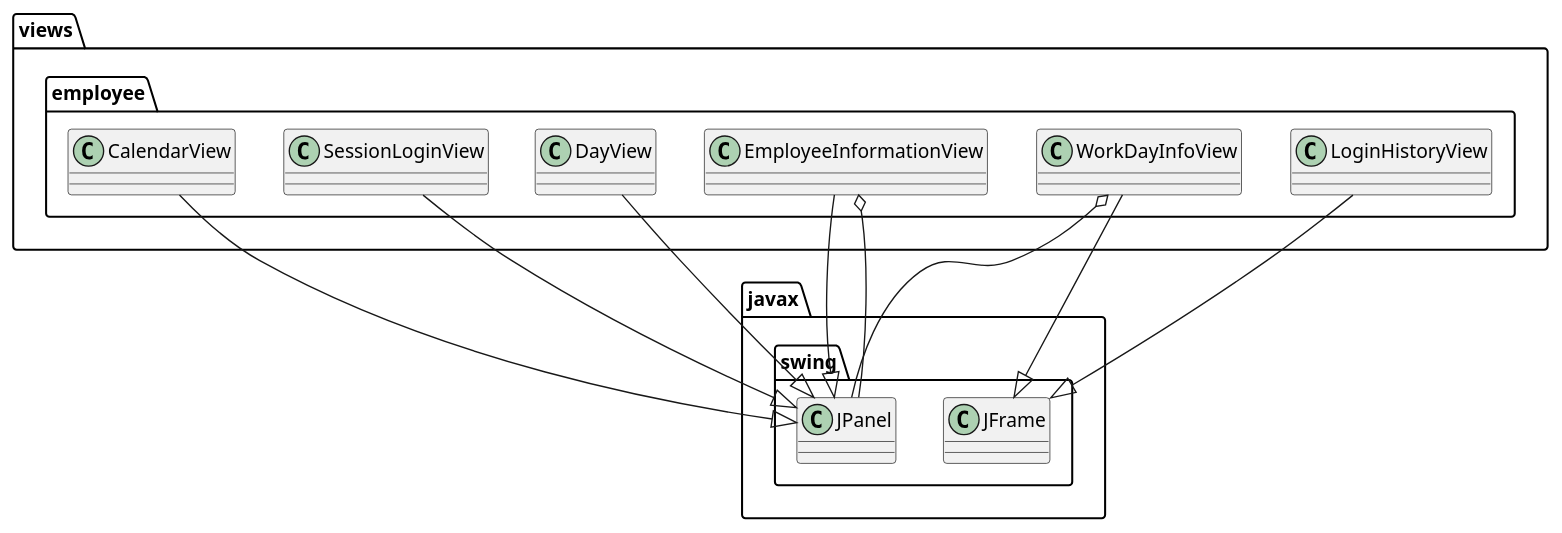
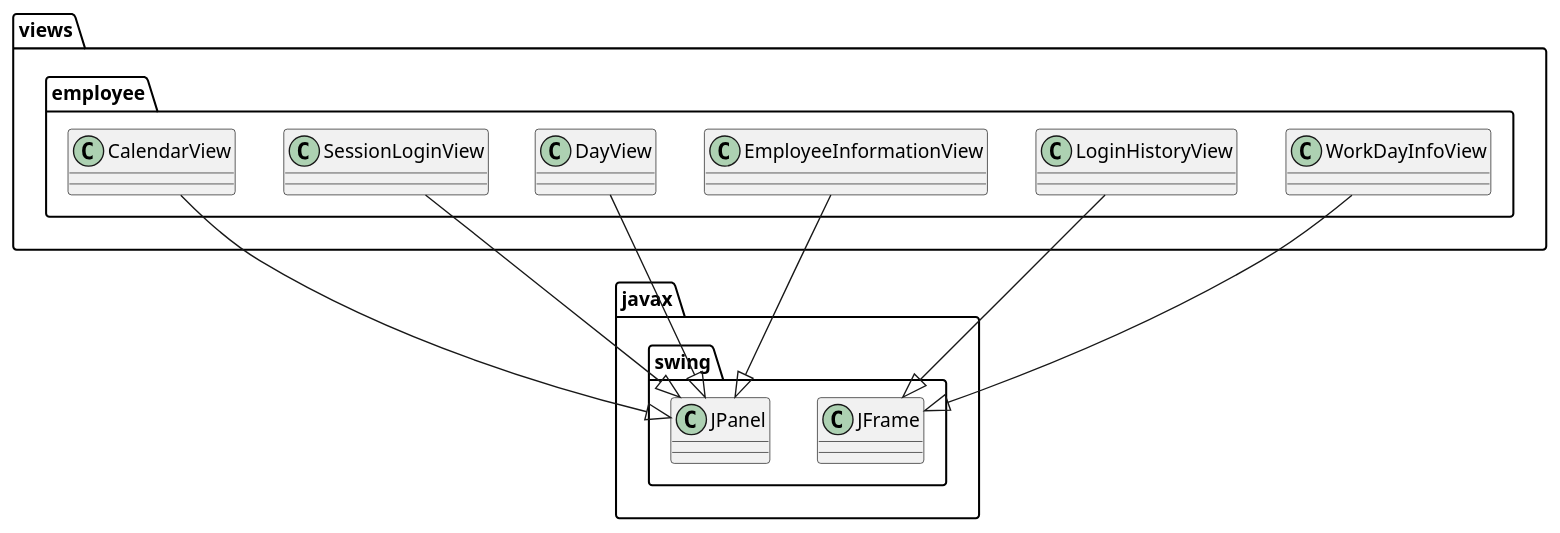
The diagram in report/diagrams/view_employee_class_diagram.puml (PTIT-D22KH/milktea_sales_management_project), drawn with PlantUML before and after one commit. The commit also changed 39 other files, not shown here.

```diff
--- a/report/diagrams/view_employee_class_diagram.puml
+++ b/report/diagrams/view_employee_class_diagram.puml
@@ -1,29 +1,27 @@
 @startuml
 package views.employee {
     class EmployeeInformationView {
     }
 
     class WorkDayInfoView 
     class LoginHistoryView
     class DayView
     class SessionLoginView
     class CalendarView{
     }
 }
 
 class javax.swing.JPanel
 
 views.employee.EmployeeInformationView --|> javax.swing.JPanel
 views.employee.WorkDayInfoView --|> javax.swing.JFrame
 views.employee.LoginHistoryView --|> javax.swing.JFrame
 views.employee.SessionLoginView --|> javax.swing.JPanel
 views.employee.DayView --|> javax.swing.JPanel
 views.employee.CalendarView --|> javax.swing.JPanel
 
 
 
 
-views.employee.EmployeeInformationView o-- javax.swing.JPanel
 
-views.employee.WorkDayInfoView o-- javax.swing.JPanel
 @enduml
```
